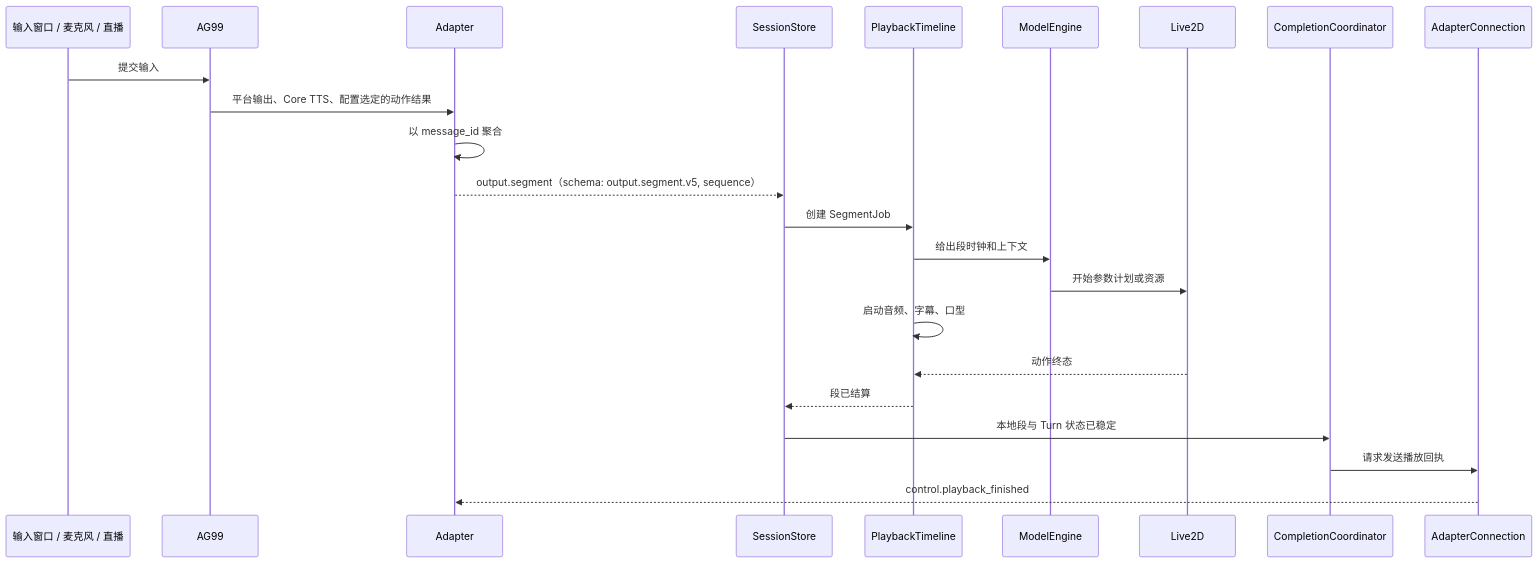
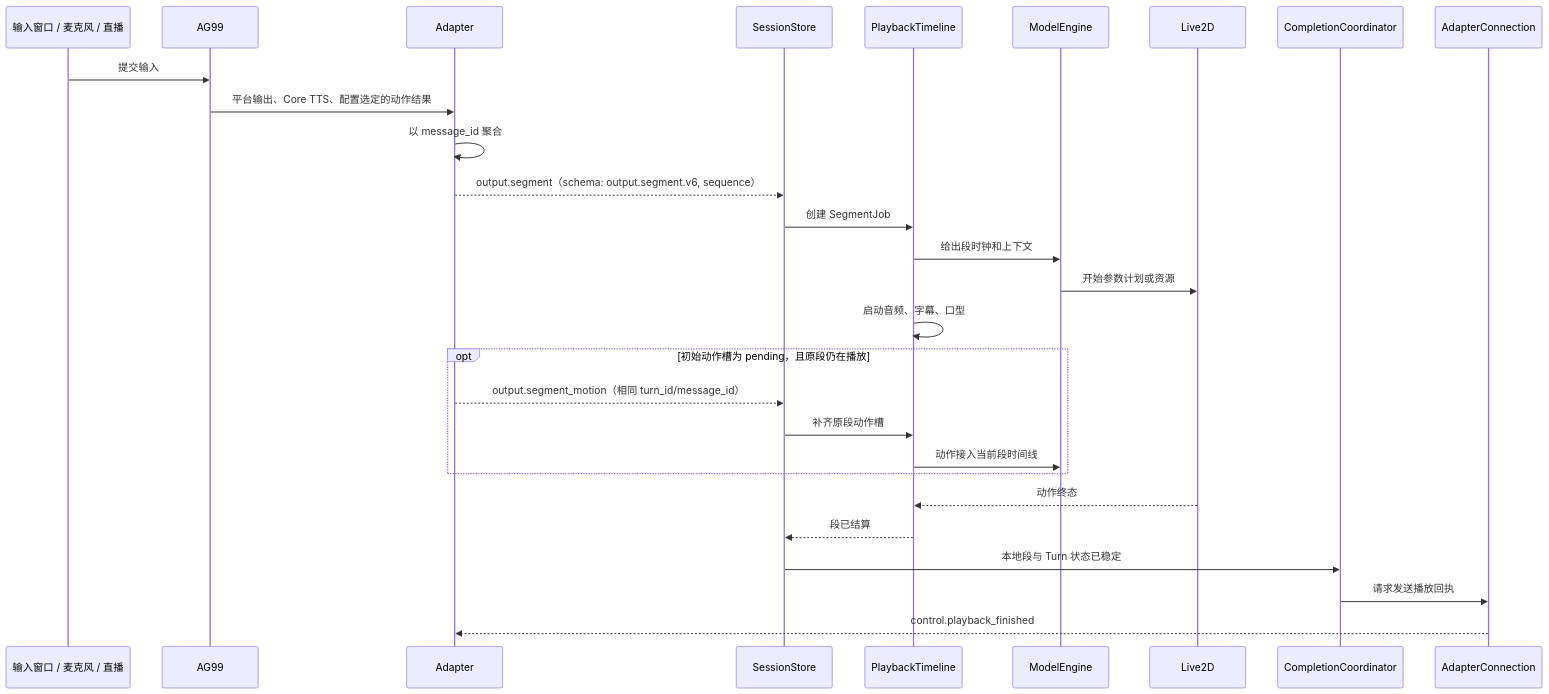
The diagram in docs/01-架构与结构/05-端到端消息播放时序.md (murphys7017/AG99live), drawn with Mermaid before and after one commit. The commit also changed other lines of this file and 13 other files, not shown here.

Commit message:
docs: refresh AG99live architecture and streaming docs

````diff
--- a/docs/01-架构与结构/05-端到端消息播放时序.md
+++ b/docs/01-架构与结构/05-端到端消息播放时序.md
@@ -5,26 +5,31 @@
 ```mermaid
 sequenceDiagram
     participant I as 输入窗口 / 麦克风 / 直播
     participant A as AG99
     participant P as Adapter
     participant S as SessionStore
     participant T as PlaybackTimeline
     participant M as ModelEngine
     participant L as Live2D
     participant C as CompletionCoordinator
     participant W as AdapterConnection
 
     I->>A: 提交输入
     A->>P: 平台输出、Core TTS、配置选定的动作结果
     P->>P: 以 message_id 聚合
-    P-->>S: output.segment（schema: output.segment.v5, sequence）
+    P-->>S: output.segment（schema: output.segment.v6, sequence）
     S->>T: 创建 SegmentJob
     T->>M: 给出段时钟和上下文
     M->>L: 开始参数计划或资源
     T->>T: 启动音频、字幕、口型
+    opt 初始动作槽为 pending，且原段仍在播放
+        P-->>S: output.segment_motion（相同 turn_id/message_id）
+        S->>T: 补齐原段动作槽
+        T->>M: 动作接入当前段时间线
+    end
     L-->>T: 动作终态
     T-->>S: 段已结算
     S->>C: 本地段与 Turn 状态已稳定
     C->>W: 请求发送播放回执
     W-->>P: control.playback_finished
 ```
````
